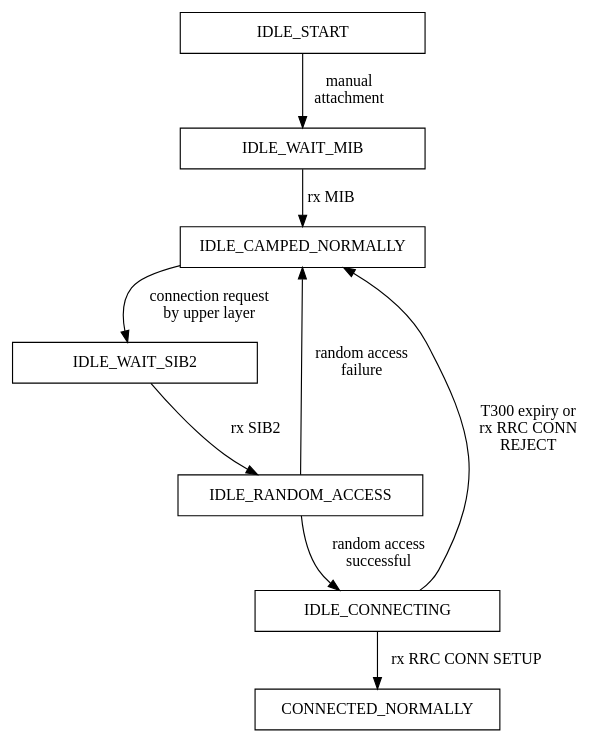
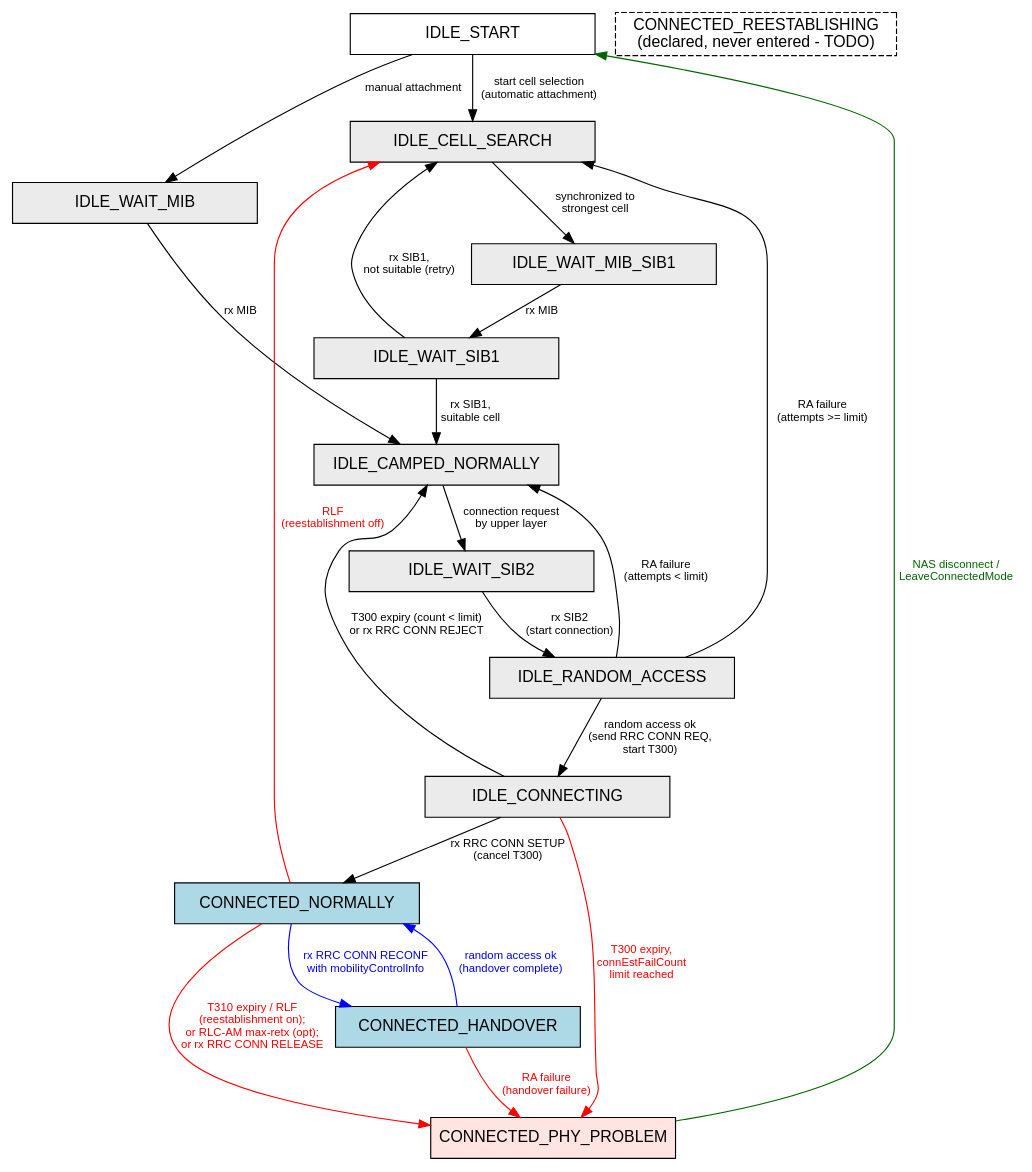
Before and after one commit to sjeon87/nr: the diagram in doc/source/figures/rrc/nr-ue-rrc-states.dot, drawn with Graphviz. The commit also changed 96 other files, not shown here.

First line of the commit message:
nr: Document the upper layers and core-network interfaces

```diff
--- a/doc/source/figures/rrc/nr-ue-rrc-states.dot
+++ b/doc/source/figures/rrc/nr-ue-rrc-states.dot
@@ -1,38 +1,64 @@
 digraph NrUeRrcStates {
 
+    rankdir=TB;
+    node [shape="box", width=3, style="filled", fillcolor="white", fontname="Helvetica"];
+    edge [fontname="Helvetica", fontsize=10];
 
-IDLE_START [shape="box",width=3]
-//IDLE_CELL_SEARCH [shape="box",width=3]
-//IDLE_WAIT_MIB_SIB1 [shape="box",width=3]
-IDLE_WAIT_MIB [shape="box",width=3]
-//IDLE_WAIT_SIB1 [shape="box",width=3]
-IDLE_CAMPED_NORMALLY [shape="box",width=3]
-IDLE_WAIT_SIB2 [shape="box",width=3]
-IDLE_RANDOM_ACCESS [shape="box",width=3]
-IDLE_CONNECTING [shape="box",width=3]
-CONNECTED_NORMALLY [shape="box",width=3]
-//CONNECTED_HANDOVER [shape="box",width=3]
-//CONNECTED_PHY_PROBLEM [shape="box",width=3]
+    // ---- States (NrUeRrc::State, model/nr-ue-rrc.h) ----
+    // Idle-mode states
+    IDLE_START           [fillcolor="white"]
+    IDLE_CELL_SEARCH     [fillcolor="gray92"]
+    IDLE_WAIT_MIB_SIB1   [fillcolor="gray92"]
+    IDLE_WAIT_MIB        [fillcolor="gray92"]
+    IDLE_WAIT_SIB1       [fillcolor="gray92"]
+    IDLE_CAMPED_NORMALLY [fillcolor="gray92"]
+    IDLE_WAIT_SIB2       [fillcolor="gray92"]
+    IDLE_RANDOM_ACCESS   [fillcolor="gray92"]
+    IDLE_CONNECTING      [fillcolor="gray92"]
+    // Connected-mode states
+    CONNECTED_NORMALLY      [fillcolor="lightblue"]
+    CONNECTED_HANDOVER      [fillcolor="lightblue"]
+    CONNECTED_PHY_PROBLEM   [fillcolor="mistyrose"]
+    CONNECTED_REESTABLISHING [style="filled,dashed", fillcolor="white",
+                              label="CONNECTED_REESTABLISHING\n(declared, never entered - TODO)"]
 
+    // ======================= Network attachment =======================
+    // Manual attachment (a target cell is forced)
+    IDLE_START -> IDLE_WAIT_MIB          [label="manual attachment"]
+    IDLE_WAIT_MIB -> IDLE_CAMPED_NORMALLY [label="rx MIB"]
+    // Automatic attachment by cell selection
+    IDLE_START -> IDLE_CELL_SEARCH       [label="start cell selection\n(automatic attachment)"]
+    IDLE_CELL_SEARCH -> IDLE_WAIT_MIB_SIB1 [label="synchronized to\nstrongest cell"]
+    IDLE_WAIT_MIB_SIB1 -> IDLE_WAIT_SIB1 [label="rx MIB"]
+    IDLE_WAIT_SIB1 -> IDLE_CAMPED_NORMALLY [label="rx SIB1,\nsuitable cell"]
+    IDLE_WAIT_SIB1 -> IDLE_CELL_SEARCH   [label="rx SIB1,\nnot suitable (retry)"]
 
-// Network attachment
-IDLE_START -> IDLE_WAIT_MIB [label="manual\nattachment"]
-//IDLE_START -> IDLE_CELL_SEARCH [label="automatic attachment\nby cell selection"]
-//IDLE_CELL_SEARCH -> IDLE_WAIT_MIB_SIB1 [label="synchronized to a cell"]
-//IDLE_WAIT_MIB_SIB1 -> IDLE_WAIT_SIB1 [label="rx MIB"]
-//IDLE_WAIT_SIB1 -> IDLE_CAMPED_NORMALLY [label="rx SIB1 and\ncell selection successful"]
-//IDLE_WAIT_SIB1 -> IDLE_CELL_SEARCH [label="rx SIB1 and\ncell selection failed"]
-IDLE_WAIT_MIB -> IDLE_CAMPED_NORMALLY [label="rx MIB"]
-IDLE_CAMPED_NORMALLY -> IDLE_WAIT_SIB2 [label="connection request\nby upper layer"]
+    // ===================== Connection establishment =====================
+    IDLE_CAMPED_NORMALLY -> IDLE_WAIT_SIB2 [label="connection request\nby upper layer"]
+    IDLE_WAIT_SIB2 -> IDLE_RANDOM_ACCESS   [label="rx SIB2\n(start connection)"]
+    IDLE_RANDOM_ACCESS -> IDLE_CONNECTING  [label="random access ok\n(send RRC CONN REQ,\nstart T300)"]
+    IDLE_RANDOM_ACCESS -> IDLE_CAMPED_NORMALLY [label="RA failure\n(attempts < limit)"]
+    IDLE_RANDOM_ACCESS -> IDLE_CELL_SEARCH [label="RA failure\n(attempts >= limit)"]
+    IDLE_CONNECTING -> CONNECTED_NORMALLY  [label="rx RRC CONN SETUP\n(cancel T300)"]
+    IDLE_CONNECTING -> IDLE_CAMPED_NORMALLY [label="T300 expiry (count < limit)\nor rx RRC CONN REJECT"]
+    IDLE_CONNECTING -> CONNECTED_PHY_PROBLEM [color="red", fontcolor="red",
+                                             label="T300 expiry,\nconnEstFailCount\nlimit reached"]
 
-// Connection establishment
-IDLE_WAIT_SIB2 -> IDLE_RANDOM_ACCESS [label="rx SIB2"]
-IDLE_RANDOM_ACCESS -> IDLE_CONNECTING [label="random access\nsuccessful"]
-IDLE_RANDOM_ACCESS -> IDLE_CAMPED_NORMALLY [label="random access\nfailure"]
-IDLE_CONNECTING -> CONNECTED_NORMALLY [label="rx RRC CONN SETUP"]
-IDLE_CONNECTING -> IDLE_CAMPED_NORMALLY [label="T300 expiry or\nrx RRC CONN\nREJECT"]
+    // ============================ Handover ============================
+    CONNECTED_NORMALLY -> CONNECTED_HANDOVER [color="blue", fontcolor="blue",
+                          label="rx RRC CONN RECONF\nwith mobilityControlInfo"]
+    CONNECTED_HANDOVER -> CONNECTED_NORMALLY [color="blue", fontcolor="blue",
+                          label="random access ok\n(handover complete)"]
+    CONNECTED_HANDOVER -> CONNECTED_PHY_PROBLEM [color="red", fontcolor="red",
+                          label="RA failure\n(handover failure)"]
 
-//T300 expiration counter limit reached
-//IDLE_CONNECTING -> CONNECTED_PHY_PROBLEM [label="T300 expiration\ncounter limit\nreached"]
+    // ===================== Radio link failure / release =====================
+    CONNECTED_NORMALLY -> CONNECTED_PHY_PROBLEM [color="red", fontcolor="red",
+                          label="T310 expiry / RLF\n(reestablishment on);\nor RLC-AM max-retx (opt);\nor rx RRC CONN RELEASE"]
+    CONNECTED_NORMALLY -> IDLE_CELL_SEARCH [color="red", fontcolor="red",
+                          label="RLF\n(reestablishment off)"]
 
+    // ===================== Recovery to idle (NAS) =====================
+    CONNECTED_PHY_PROBLEM -> IDLE_START [color="darkgreen", fontcolor="darkgreen",
+                          label="NAS disconnect /\nLeaveConnectedMode"]
 }
```
